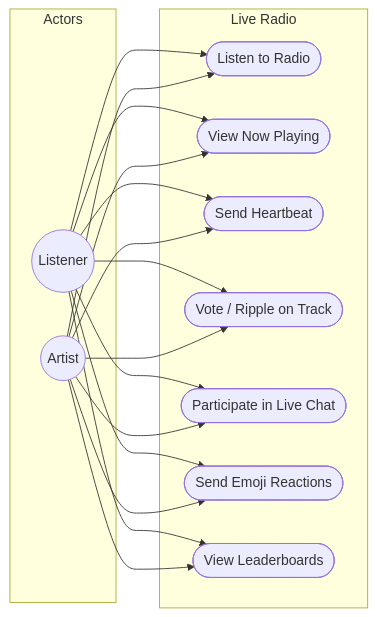
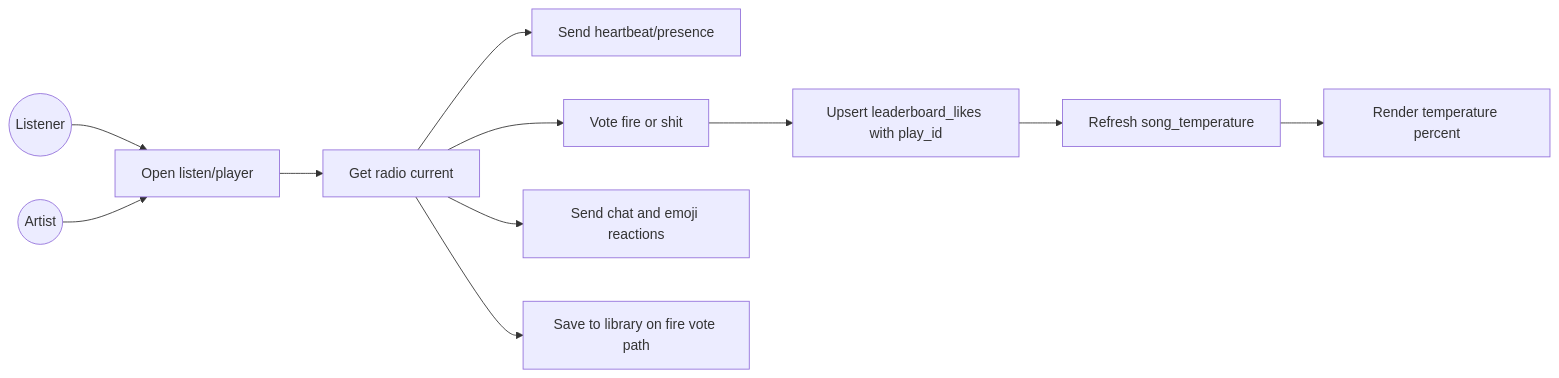
Before and after one commit to Tmaku18/RADIOapp: the second of 13 diagrams in docs/UML/uml-diagrams.md, drawn with Mermaid. The commit also changed other lines of this file and 3 other files, not shown here.

First line of the commit message:
Docs: refresh README and UML to current platform state.

````diff
--- a/docs/UML/uml-diagrams.md
+++ b/docs/UML/uml-diagrams.md
@@ -59,32 +38,13 @@
 ```mermaid
 flowchart LR
-    subgraph actors [Actors]
-        Listener((Listener))
-        Artist((Artist))
-    end
-
-    subgraph radio [Live Radio]
-        ListenToRadio([Listen to Radio])
-        ViewNowPlaying([View Now Playing])
-        SendHeartbeat([Send Heartbeat])
-        VoteRipple([Vote / Ripple on Track])
-        LiveChat([Participate in Live Chat])
-        EmojiReactions([Send Emoji Reactions])
-        ViewLeaderboards([View Leaderboards])
-    end
-
-    Listener --> ListenToRadio
-    Listener --> ViewNowPlaying
-    Listener --> SendHeartbeat
-    Listener --> VoteRipple
-    Listener --> LiveChat
-    Listener --> EmojiReactions
-    Listener --> ViewLeaderboards
-    Artist --> ListenToRadio
-    Artist --> ViewNowPlaying
-    Artist --> SendHeartbeat
-    Artist --> VoteRipple
-    Artist --> LiveChat
-    Artist --> EmojiReactions
-    Artist --> ViewLeaderboards
+  Listener((Listener)) --> OpenPlayer[Open listen/player]
+  Artist((Artist)) --> OpenPlayer
+  OpenPlayer --> CurrentTrack[Get radio current]
+  CurrentTrack --> HeartbeatLoop[Send heartbeat/presence]
+  CurrentTrack --> VoteTrack[Vote fire or shit]
+  VoteTrack --> SaveVote[Upsert leaderboard_likes with play_id]
+  SaveVote --> RefreshTemp[Refresh song_temperature]
+  RefreshTemp --> ShowTemp[Render temperature percent]
+  CurrentTrack --> ChatFlow[Send chat and emoji reactions]
+  CurrentTrack --> LibraryFlow[Save to library on fire vote path]
 ```
````
